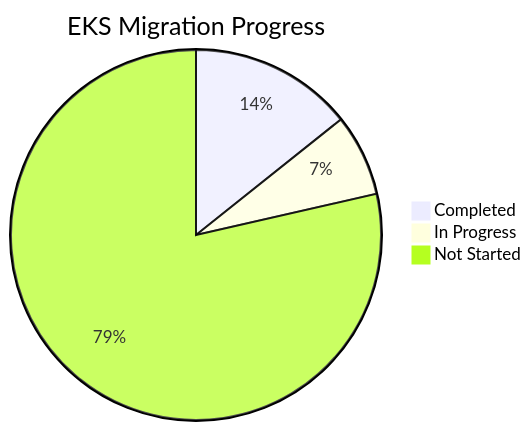
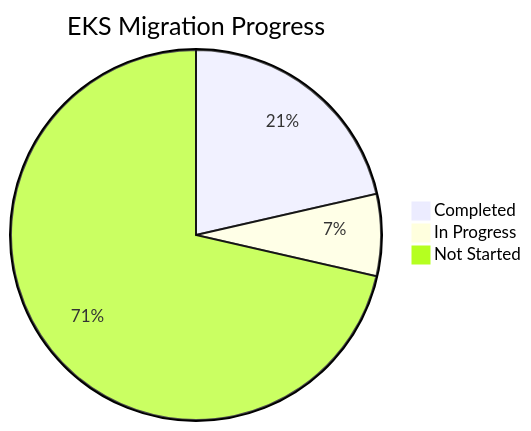
One commit to yoonsoo-park/k8s-n8n-nabi changed the first of 3 diagrams in memory-bank/tasks.md. Above: the diagram before and after it, drawn with Mermaid. The commit also changed other lines of this file, not shown here.

````diff
--- a/memory-bank/tasks.md
+++ b/memory-bank/tasks.md
@@ -366,6 +366,6 @@
 ```mermaid
 pie title EKS Migration Progress
-    "Completed" : 2
+    "Completed" : 3
     "In Progress" : 1
-    "Not Started" : 11
+    "Not Started" : 10
 ```
````
